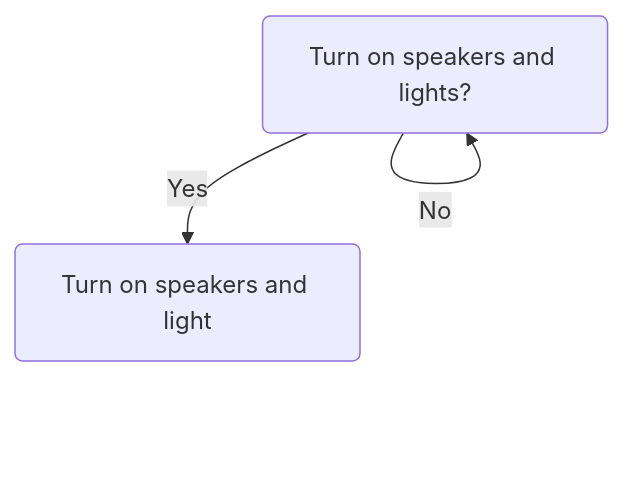
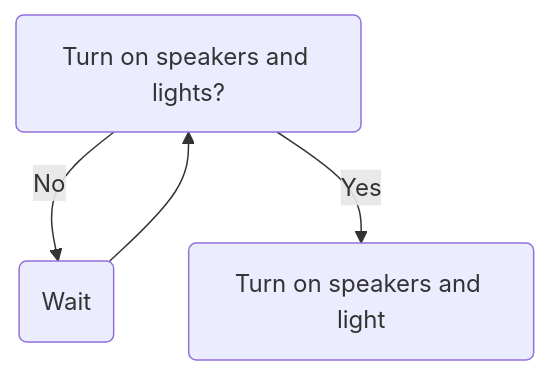
One commit to PEEC-Nature-Youth-Group/PumaGuard changed the third of 4 diagrams in docs/source/HLD.rst. Above: the diagram before and after it, drawn with Mermaid. The commit also changed other lines of this file, not shown here.

Commit message:
Add Wait states

```diff
--- a/docs/source/HLD.rst
+++ b/docs/source/HLD.rst
@@ -47,7 +47,7 @@
    .. mermaid::
       :zoom:
       :caption: Flowchart of Output Unit
 
       flowchart TB
-      A("Turn on speakers and lights?") -- No --> A
+      A("Turn on speakers and lights?") -- No --> C("Wait") --> A
       A -- Yes --> B("Turn on speakers and light")
```
